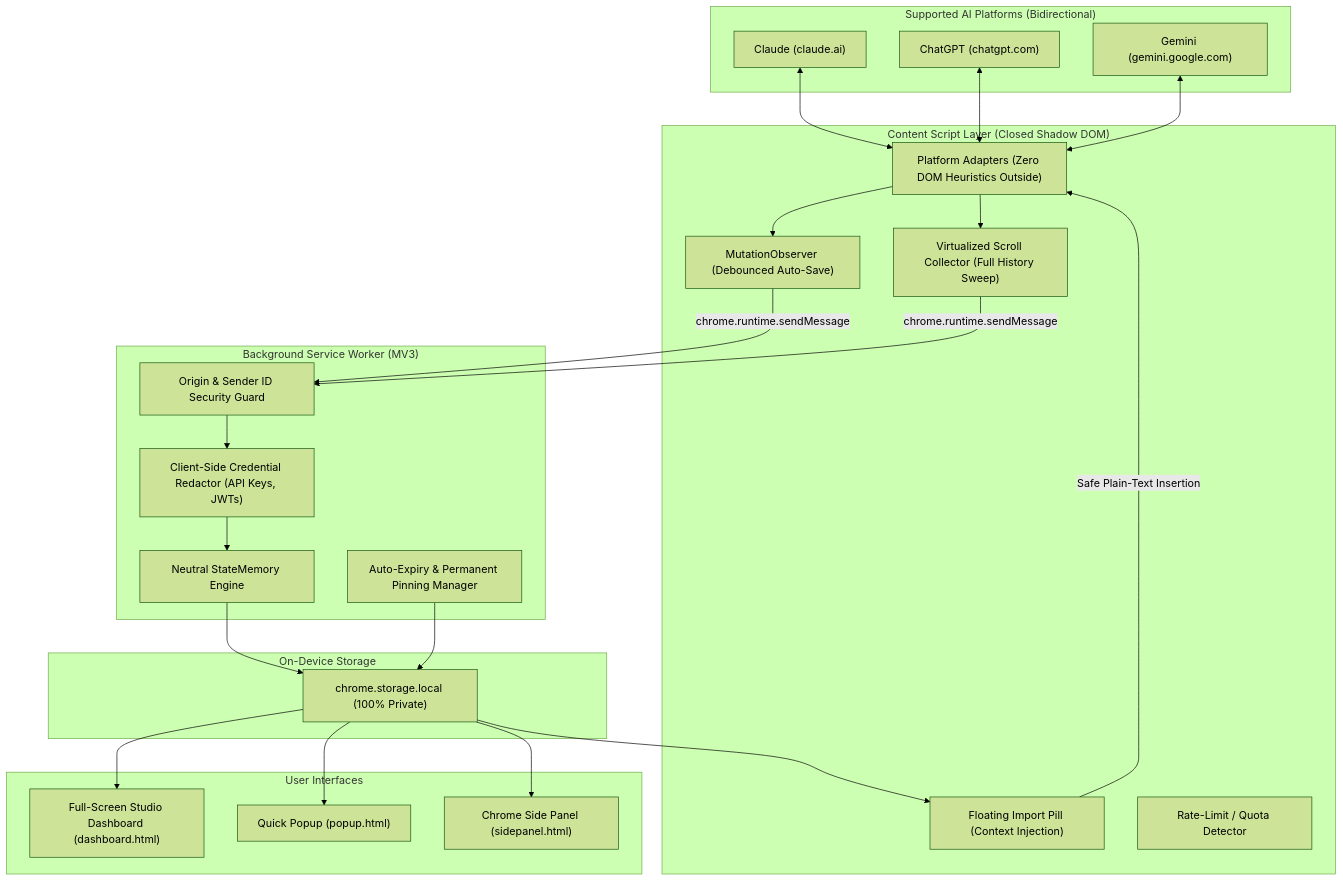
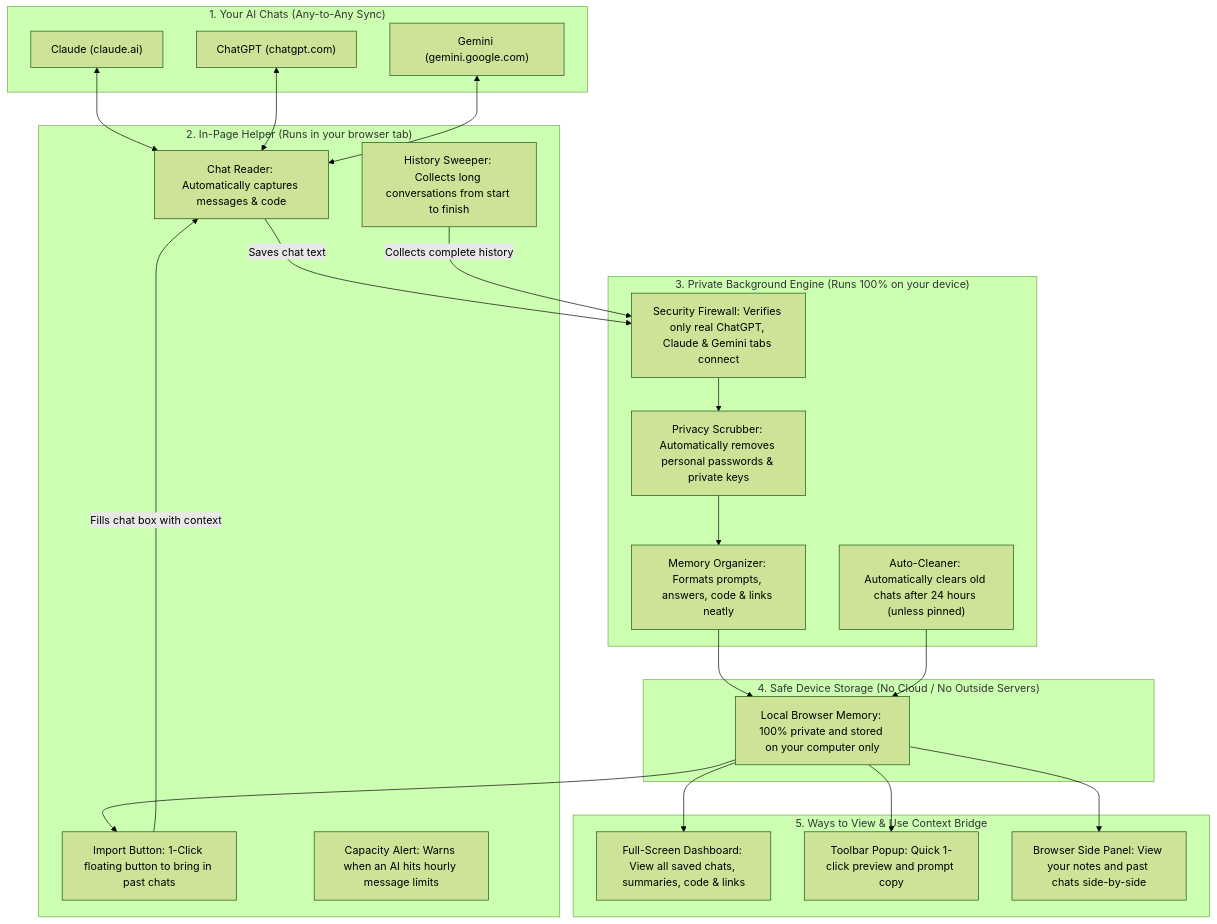
One commit to msajiddurrani/context-bridge changed the diagram in README.md. Above: the diagram before and after it, drawn with Mermaid (forest theme). The commit also changed other lines of this file, not shown here.

Commit message:
docs: make architecture diagram and flow beginner-friendly and self-explanatory

````diff
--- a/README.md
+++ b/README.md
@@ -43,52 +43,49 @@
 ```mermaid
 graph TD
-    subgraph Platforms["Supported AI Platforms (Bidirectional)"]
+    subgraph Platforms["1. Your AI Chats (Any-to-Any Sync)"]
         CL["Claude (claude.ai)"]
         GPT["ChatGPT (chatgpt.com)"]
         GEM["Gemini (gemini.google.com)"]
     end
 
-    subgraph ContentScript["Content Script Layer (Closed Shadow DOM)"]
-        ADAPT["Platform Adapters (Zero DOM Heuristics Outside)"]
-        OBS["MutationObserver (Debounced Auto-Save)"]
-        SWEEP["Virtualized Scroll Collector (Full History Sweep)"]
-        PILL["Floating Import Pill (Context Injection)"]
-        RATE["Rate-Limit / Quota Detector"]
+    subgraph InPage["2. In-Page Helper (Runs in your browser tab)"]
+        READER["Chat Reader: Automatically captures messages & code"]
+        SWEEP["History Sweeper: Collects long conversations from start to finish"]
+        PILL["Import Button: 1-Click floating button to bring in past chats"]
+        ALERT["Capacity Alert: Warns when an AI hits hourly message limits"]
     end
 
-    subgraph ServiceWorker["Background Service Worker (MV3)"]
-        VAL["Origin & Sender ID Security Guard"]
-        SCRUB["Client-Side Credential Redactor (API Keys, JWTs)"]
-        MEM["Neutral StateMemory Engine"]
-        EXP["Auto-Expiry & Permanent Pinning Manager"]
+    subgraph Engine["3. Private Background Engine (Runs 100% on your device)"]
+        GUARD["Security Firewall: Verifies only real ChatGPT, Claude & Gemini tabs connect"]
+        SCRUB["Privacy Scrubber: Automatically removes personal passwords & private keys"]
+        ORGANIZER["Memory Organizer: Formats prompts, answers, code & links neatly"]
+        CLEANER["Auto-Cleaner: Automatically clears old chats after 24 hours (unless pinned)"]
     end
 
-    subgraph Storage["On-Device Storage"]
-        LOCAL["chrome.storage.local (100% Private)"]
+    subgraph Storage["4. Safe Device Storage (No Cloud / No Outside Servers)"]
+        LOCAL["Local Browser Memory: 100% private and stored on your computer only"]
     end
 
-    subgraph Interfaces["User Interfaces"]
-        DASH["Full-Screen Studio Dashboard (dashboard.html)"]
-        POP["Quick Popup (popup.html)"]
-        SIDE["Chrome Side Panel (sidepanel.html)"]
+    subgraph Views["5. Ways to View & Use Context Bridge"]
+        DASH["Full-Screen Dashboard: View all saved chats, summaries, code & links"]
+        POP["Toolbar Popup: Quick 1-click preview and prompt copy"]
+        SIDE["Browser Side Panel: View your notes and past chats side-by-side"]
     end
 
-    CL <--> ADAPT
-    GPT <--> ADAPT
-    GEM <--> ADAPT
+    CL <--> READER
+    GPT <--> READER
+    GEM <--> READER
 
-    ADAPT --> OBS
-    ADAPT --> SWEEP
-    OBS -->|chrome.runtime.sendMessage| VAL
-    SWEEP -->|chrome.runtime.sendMessage| VAL
-    VAL --> SCRUB
-    SCRUB --> MEM
-    MEM --> LOCAL
-    EXP --> LOCAL
+    READER -->|Saves chat text| GUARD
+    SWEEP -->|Collects complete history| GUARD
+    GUARD --> SCRUB
+    SCRUB --> ORGANIZER
+    ORGANIZER --> LOCAL
+    CLEANER --> LOCAL
 
     LOCAL --> DASH
     LOCAL --> POP
     LOCAL --> SIDE
     LOCAL --> PILL
-    PILL -->|Safe Plain-Text Insertion| ADAPT
+    PILL -->|Fills chat box with context| READER
 ```
````
